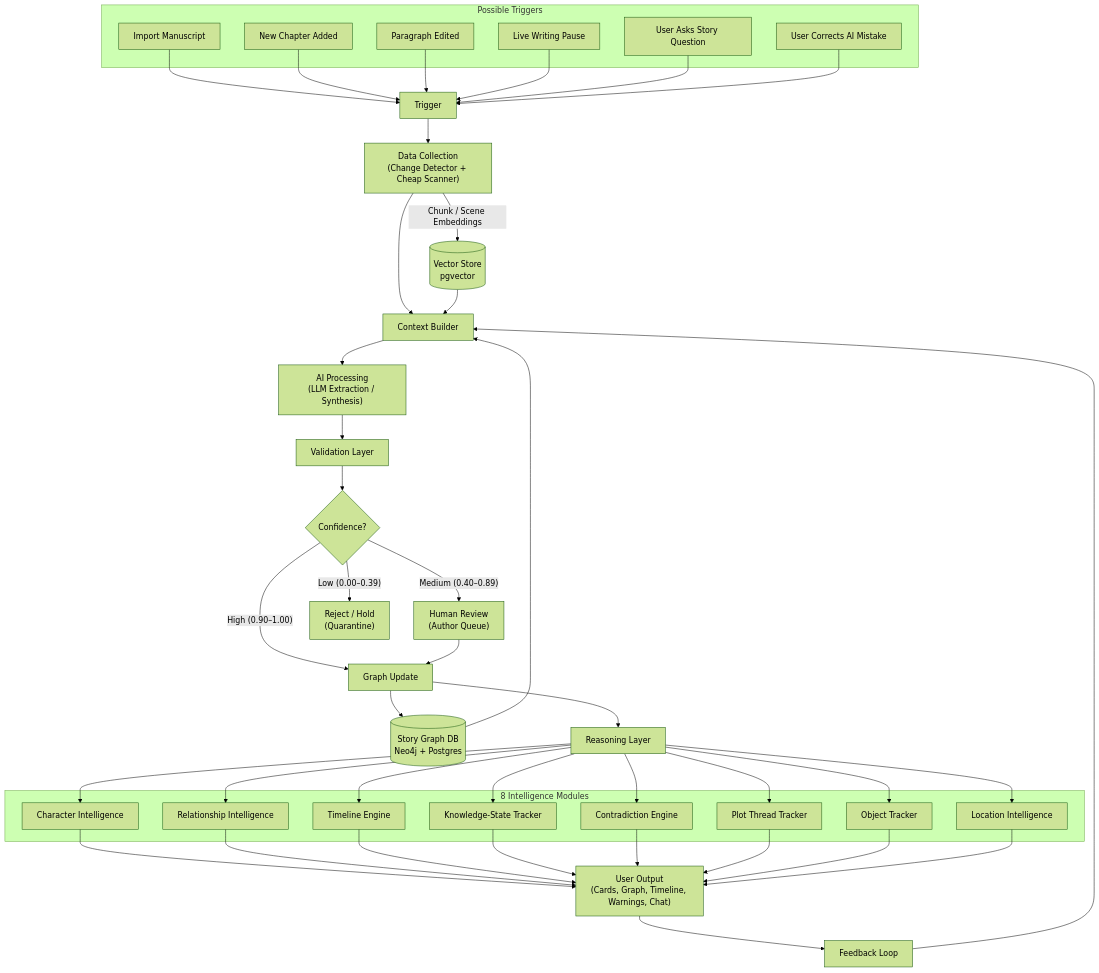
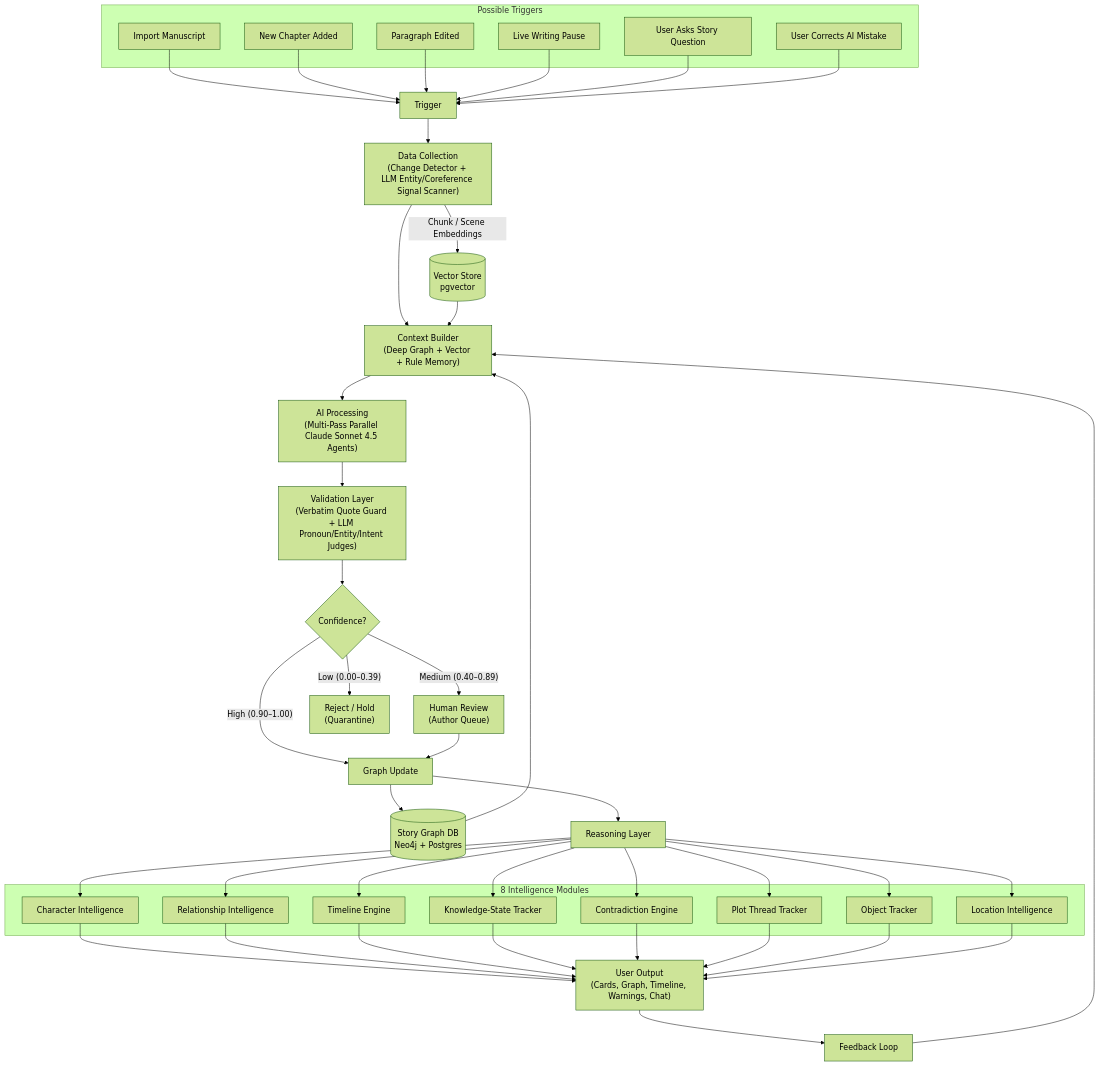
One commit to MRiARC/NERRA changed the diagram in docs/ARCHITECTURE.md. Above: the diagram before and after it, drawn with Mermaid (forest theme). The commit also changed other lines of this file and 3 other files, not shown here.

Commit message:
docs: upgrade future Phase 3-5 architecture to remove LLM budget compromises

````diff
--- a/docs/ARCHITECTURE.md
+++ b/docs/ARCHITECTURE.md
@@ -36,47 +36,47 @@
 ```mermaid
 flowchart TD
     subgraph Triggers["Possible Triggers"]
         T1["Import Manuscript"]
         T2["New Chapter Added"]
         T3["Paragraph Edited"]
         T4["Live Writing Pause"]
         T5["User Asks Story Question"]
         T6["User Corrects AI Mistake"]
     end
 
     T1 & T2 & T3 & T4 & T5 & T6 --> TR["Trigger"]
-    TR --> DC["Data Collection\n(Change Detector + Cheap Scanner)"]
+    TR --> DC["Data Collection\n(Change Detector + LLM Entity/Coreference Signal Scanner)"]
     DC -->|"Chunk / Scene Embeddings"| VDB[("Vector Store\npgvector")]
-    DC --> CB["Context Builder"]
+    DC --> CB["Context Builder\n(Deep Graph + Vector + Rule Memory)"]
 
     VDB --> CB
     GDB[("Story Graph DB\nNeo4j + Postgres")] --> CB
     FB["Feedback Loop"] --> CB
 
-    CB --> AI["AI Processing\n(LLM Extraction / Synthesis)"]
-    AI --> VL["Validation Layer"]
+    CB --> AI["AI Processing\n(Multi-Pass Parallel Claude Sonnet 4.5 Agents)"]
+    AI --> VL["Validation Layer\n(Verbatim Quote Guard + LLM Pronoun/Entity/Intent Judges)"]
     VL --> CONF{"Confidence?"}
 
     CONF -- "High (0.90–1.00)" --> GU["Graph Update"]
     CONF -- "Medium (0.40–0.89)" --> HR["Human Review\n(Author Queue)"]
     CONF -- "Low (0.00–0.39)" --> RH["Reject / Hold\n(Quarantine)"]
     HR --> GU
 
     GU --> GDB
     GU --> RL["Reasoning Layer"]
 
     subgraph Modules["8 Intelligence Modules"]
         M1["Character Intelligence"]
         M2["Relationship Intelligence"]
         M3["Timeline Engine"]
         M4["Knowledge-State Tracker"]
         M5["Contradiction Engine"]
         M6["Plot Thread Tracker"]
         M7["Object Tracker"]
         M8["Location Intelligence"]
     end
 
     RL --> M1 & M2 & M3 & M4 & M5 & M6 & M7 & M8
     M1 & M2 & M3 & M4 & M5 & M6 & M7 & M8 --> OUT["User Output\n(Cards, Graph, Timeline, Warnings, Chat)"]
     OUT --> FB
 ```
````
